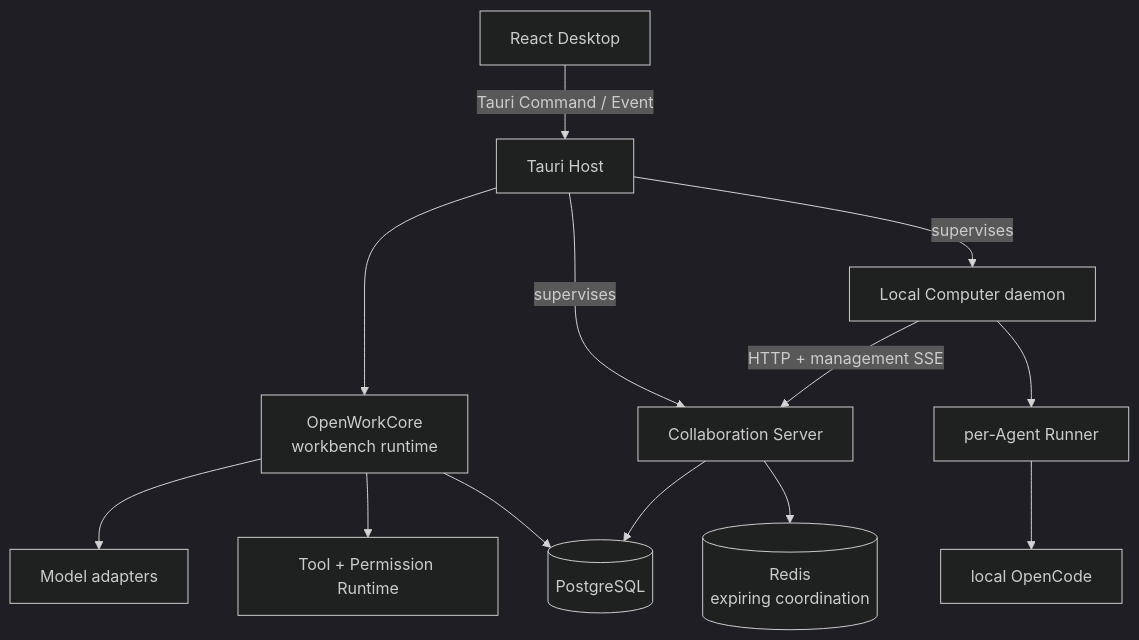
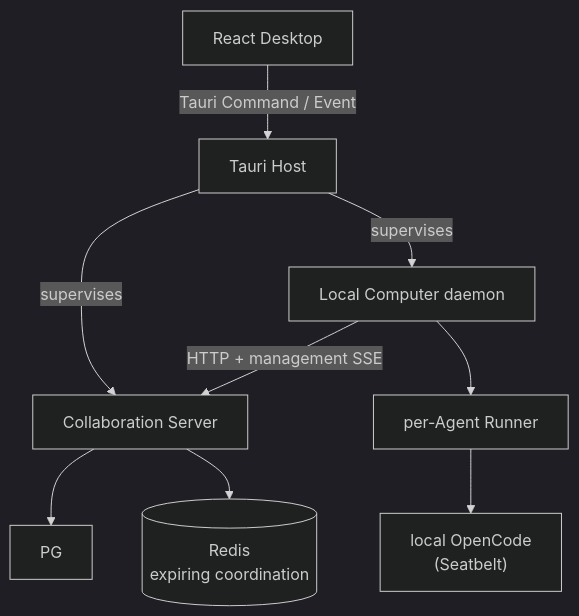
One commit to Aaron-Ben/OpenWork changed the diagram in README.en.md. Above: the diagram before and after it, drawn with Mermaid (dark theme). The commit also changed other lines of this file and 410 other files, not shown here.

````diff
--- a/README.en.md
+++ b/README.en.md
@@ -90,17 +77,12 @@
 ```mermaid
 flowchart TB
     UI["React Desktop"] -->|"Tauri Command / Event"| Host["Tauri Host"]
-
-    Host --> Core["OpenWorkCore<br/>workbench runtime"]
-    Core --> Models["Model adapters"]
-    Core --> Tools["Tool + Permission Runtime"]
-    Core --> PG[(PostgreSQL)]
 
     Host -->|"supervises"| Server["Collaboration Server"]
     Host -->|"supervises"| Computer["Local Computer daemon"]
     Computer -->|"HTTP + management SSE"| Server
     Computer --> Runners["per-Agent Runner"]
-    Runners --> OpenCode["local OpenCode"]
+    Runners --> OpenCode["local OpenCode<br/>(Seatbelt)"]
     Server --> PG
     Server --> Redis[(Redis<br/>expiring coordination)]
 ```
````
